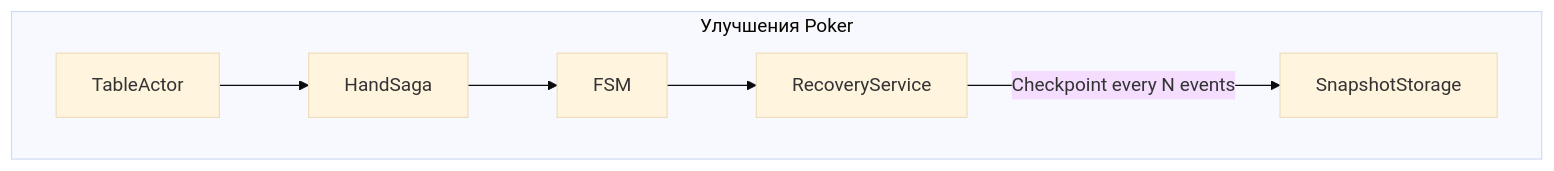
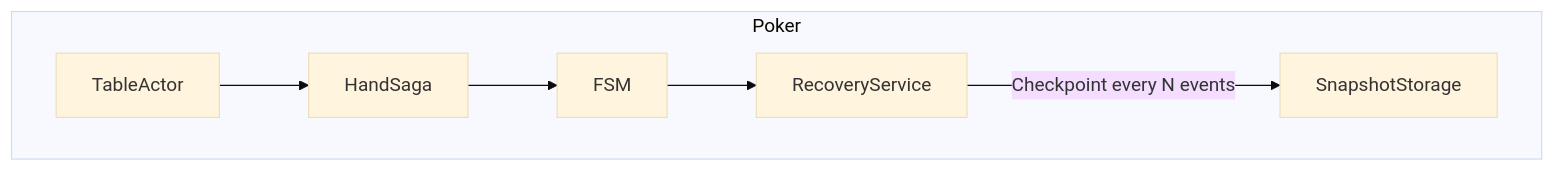
Before and after one commit to cpp20120/RollTheDice: diagram 22 of 35 in Architecture.md, drawn with Mermaid (base theme). The commit also changed other lines of this file, not shown here.

````diff
--- a/Architecture.md
+++ b/Architecture.md
@@ -432,9 +470,9 @@
 ```mermaid
 flowchart TD
-    subgraph Улучшения Poker
+    subgraph Poker
         A[TableActor] --> B[HandSaga]
         B --> C[FSM]
         C --> D[RecoveryService]
         D -->|"Checkpoint every N events"| E[SnapshotStorage]
     end
 ```
````
